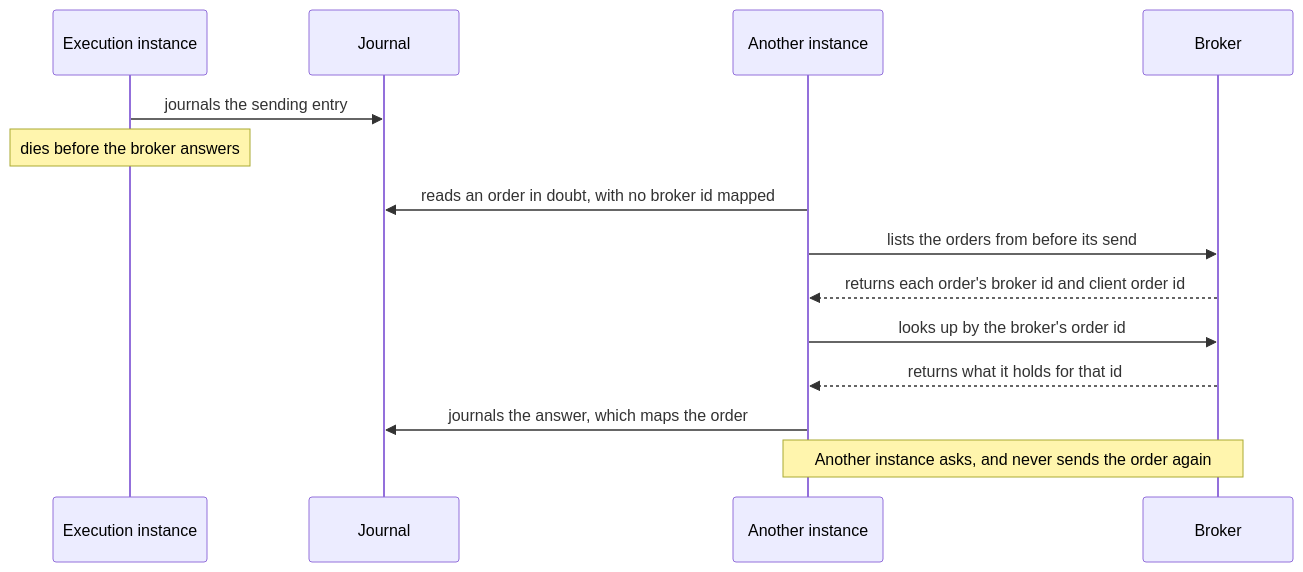
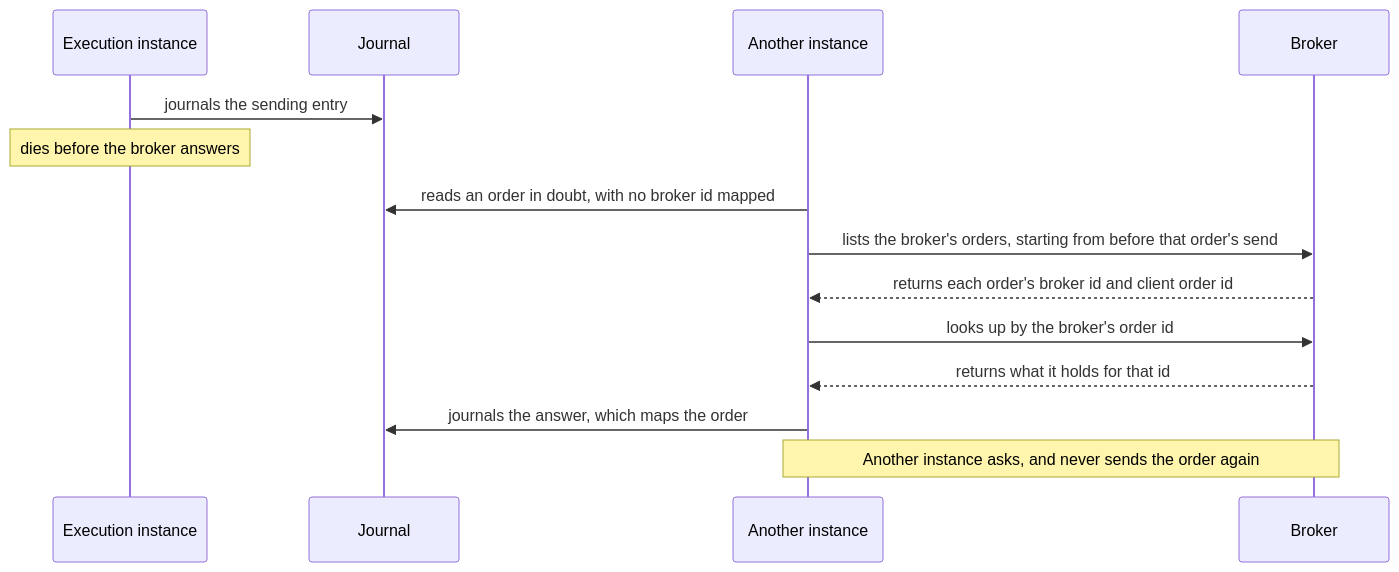
Before and after one commit to l3a0/ithildin-runtime: diagram 20 of 35 in docs/architecture.md, drawn with Mermaid. The commit also changed other lines of this file and 2 other files, not shown here.

First line of the commit message:
docs: answer the review of the diagram words

````diff
--- a/docs/architecture.md
+++ b/docs/architecture.md
@@ -1148,16 +1148,16 @@
 ```mermaid
 sequenceDiagram
     participant X1 as Execution instance
     participant J as Journal
     participant X2 as Another instance
     participant B as Broker
     X1->>J: journals the sending entry
     Note over X1: dies before the broker answers
     X2->>J: reads an order in doubt, with no broker id mapped
-    X2->>B: lists the orders from before its send
+    X2->>B: lists the broker's orders, starting from before that order's send
     B-->>X2: returns each order's broker id and client order id
     X2->>B: looks up by the broker's order id
     B-->>X2: returns what it holds for that id
     X2->>J: journals the answer, which maps the order
     Note over X2,B: Another instance asks, and never sends the order again
 ```
````
